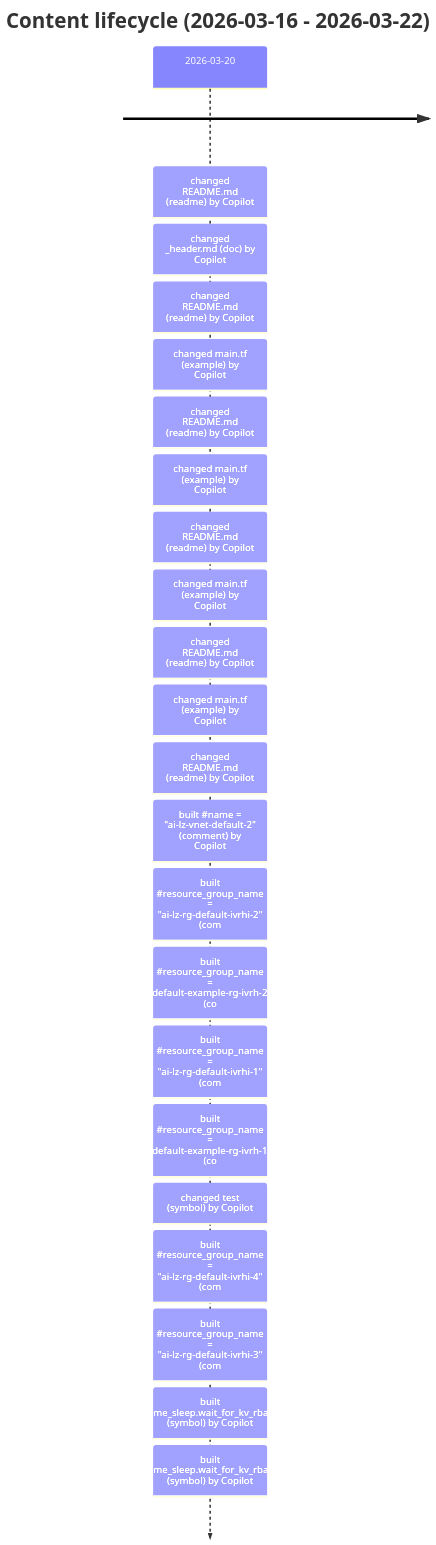
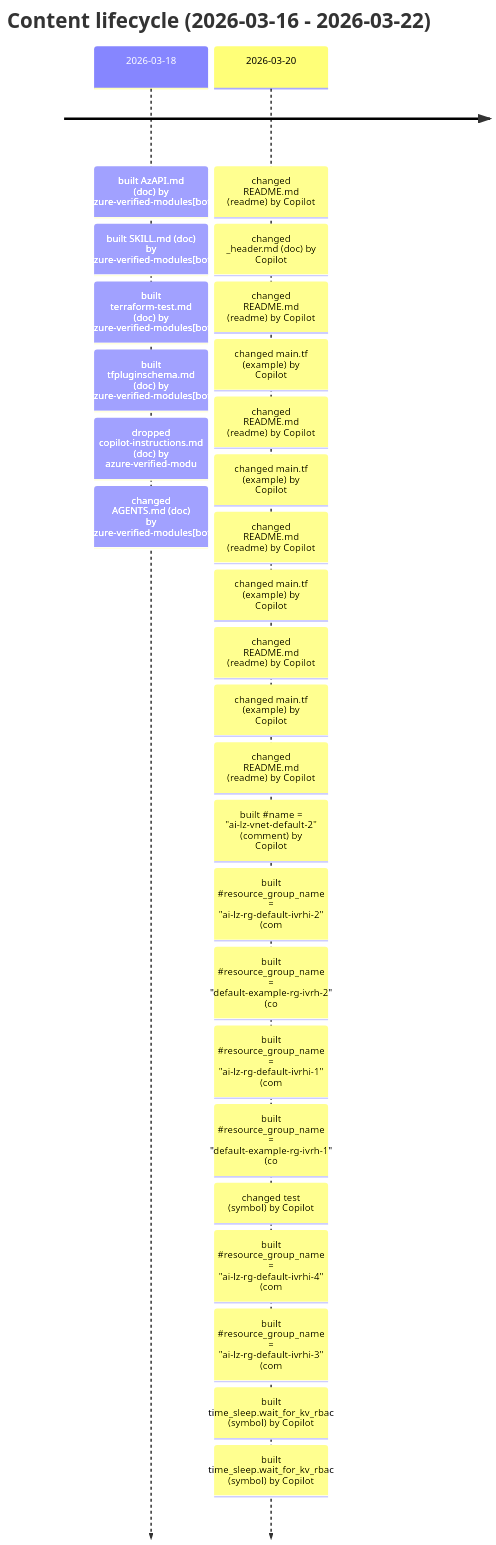
Before and after one commit to DamianFlynn/experiments: the tenth of 22 diagrams in .claude/skills/activity-overview/samples/avm-tf-aiml-lz-digest.md, drawn with Mermaid. The commit also changed other lines of this file and 2 other files, not shown here.

````diff
--- a/.claude/skills/activity-overview/samples/avm-tf-aiml-lz-digest.md
+++ b/.claude/skills/activity-overview/samples/avm-tf-aiml-lz-digest.md
@@ -493,5 +373,6 @@
 ```mermaid
 timeline
     title Content lifecycle (2026-03-16 - 2026-03-22)
+    2026-03-18 : built AzAPI.md (doc) by azure-verified-modules[bot] : built SKILL.md (doc) by azure-verified-modules[bot] : built terraform-test.md (doc) by azure-verified-modules[bot] : built tfpluginschema.md (doc) by azure-verified-modules[bot] : dropped copilot-instructions.md (doc) by azure-verified-modu : changed AGENTS.md (doc) by azure-verified-modules[bot]
     2026-03-20 : changed README.md (readme) by Copilot : changed _header.md (doc) by Copilot : changed README.md (readme) by Copilot : changed main.tf (example) by Copilot : changed README.md (readme) by Copilot : changed main.tf (example) by Copilot : changed README.md (readme) by Copilot : changed main.tf (example) by Copilot : changed README.md (readme) by Copilot : changed main.tf (example) by Copilot : changed README.md (readme) by Copilot : built #name = "ai-lz-vnet-default-2" (comment) by Copilot : built #resource_group_name = "ai-lz-rg-default-ivrhi-2" (com : built #resource_group_name = "default-example-rg-ivrh-2" (co : built #resource_group_name = "ai-lz-rg-default-ivrhi-1" (com : built #resource_group_name = "default-example-rg-ivrh-1" (co : changed test (symbol) by Copilot : built #resource_group_name = "ai-lz-rg-default-ivrhi-4" (com : built #resource_group_name = "ai-lz-rg-default-ivrhi-3" (com : built time_sleep.wait_for_kv_rbac (symbol) by Copilot : built time_sleep.wait_for_kv_rbac (symbol) by Copilot
 ```
````
